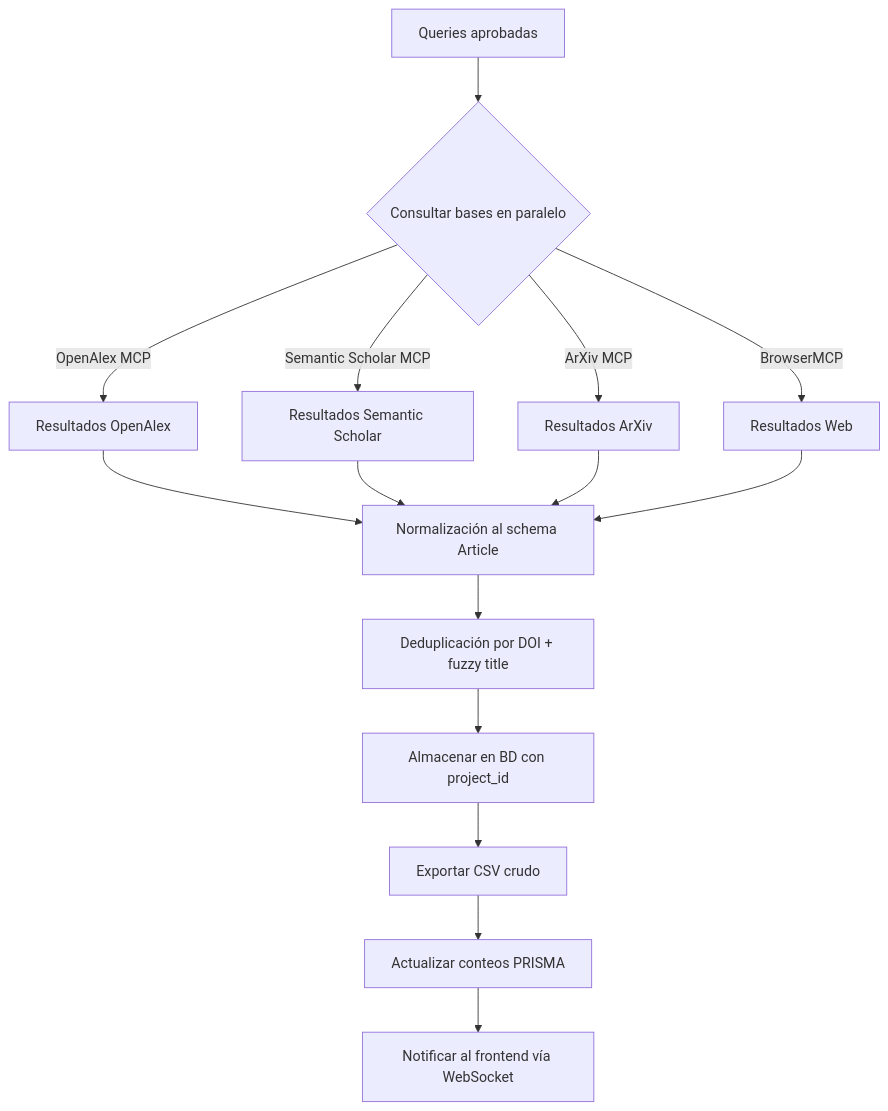
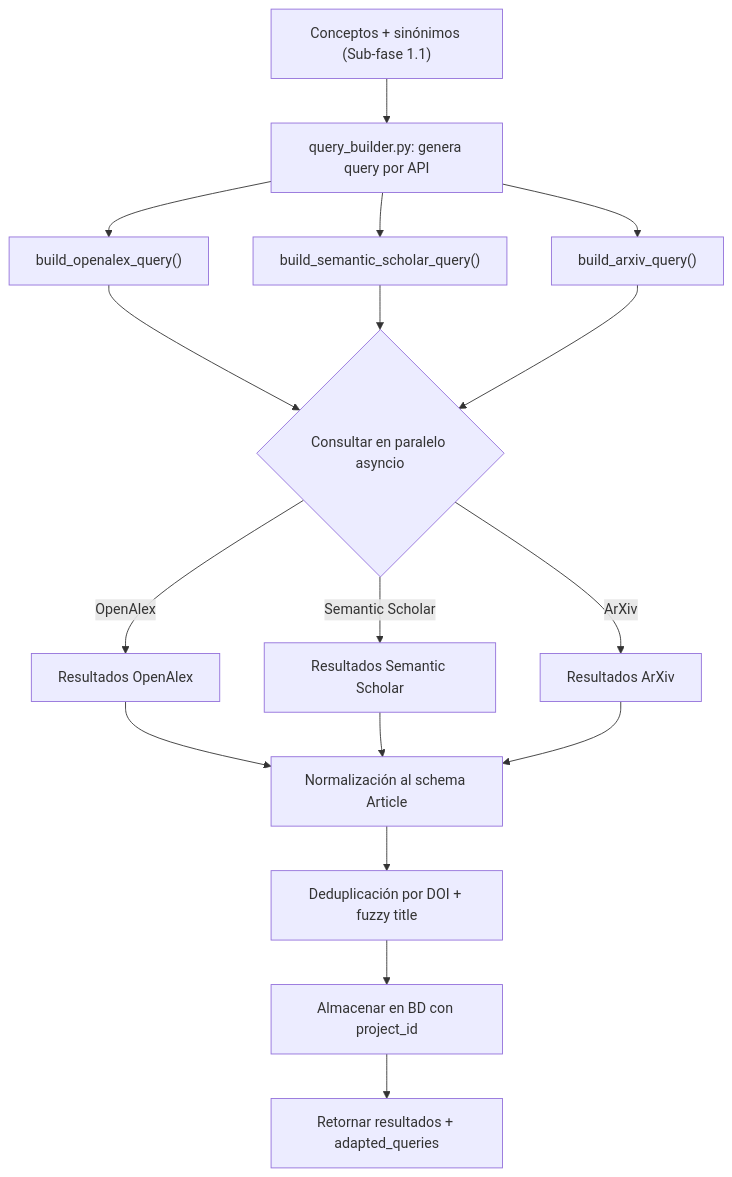
The third of 7 diagrams in plan_a_seguir.md (AlexPrietoRomani/AgriSearch), drawn with Mermaid before and after one commit. The commit also changed other lines of this file and 1 other file, not shown here.

First line of the commit message:
fix(docs): corrige sintaxis mermaid no compatible en flujogramas

````diff
--- a/plan_a_seguir.md
+++ b/plan_a_seguir.md
@@ -419,14 +420,19 @@
 ```mermaid
 graph TD
-    A[Queries aprobadas] --> B{Consultar bases en paralelo}
-    B -->|OpenAlex MCP| C[Resultados OpenAlex]
-    B -->|Semantic Scholar MCP| D[Resultados Semantic Scholar]
-    B -->|ArXiv MCP| E[Resultados ArXiv]
-    B -->|BrowserMCP| F[Resultados Web]
-    C & D & E & F --> G[Normalización al schema Article]
-    G --> H[Deduplicación por DOI + fuzzy title]
-    H --> I[Almacenar en BD con project_id]
-    I --> J[Exportar CSV crudo]
-    J --> K[Actualizar conteos PRISMA]
-    K --> L[Notificar al frontend vía WebSocket]
+    A["Conceptos + sinónimos (Sub-fase 1.1)"] --> B["query_builder.py: genera query por API"]
+    B --> C["build_openalex_query()"]
+    B --> D["build_semantic_scholar_query()"]
+    B --> E["build_arxiv_query()"]
+    C --> F{"Consultar en paralelo asyncio"}
+    D --> F
+    E --> F
+    F -->|OpenAlex| G["Resultados OpenAlex"]
+    F -->|Semantic Scholar| H["Resultados Semantic Scholar"]
+    F -->|ArXiv| I["Resultados ArXiv"]
+    G --> J["Normalización al schema Article"]
+    H --> J
+    I --> J
+    J --> K["Deduplicación por DOI + fuzzy title"]
+    K --> L["Almacenar en BD con project_id"]
+    L --> M["Retornar resultados + adapted_queries"]
 ```
````
